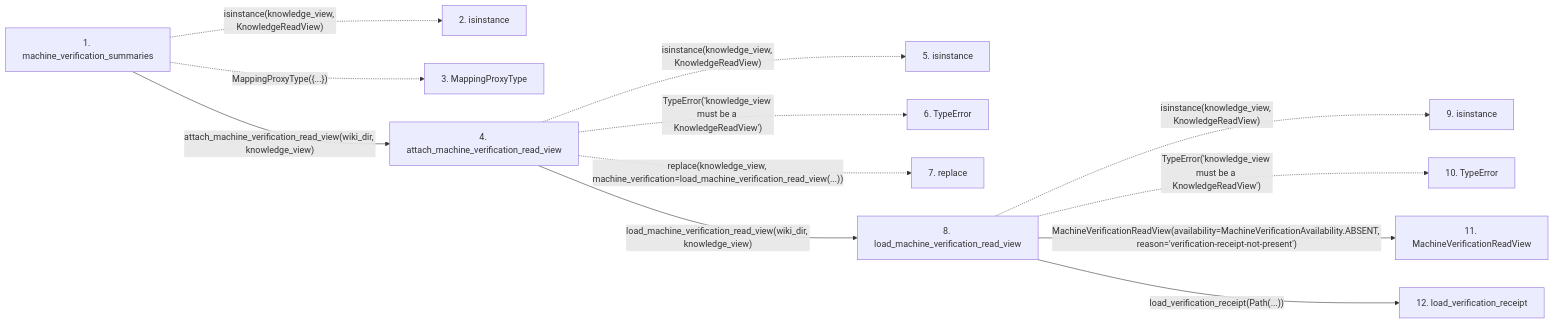
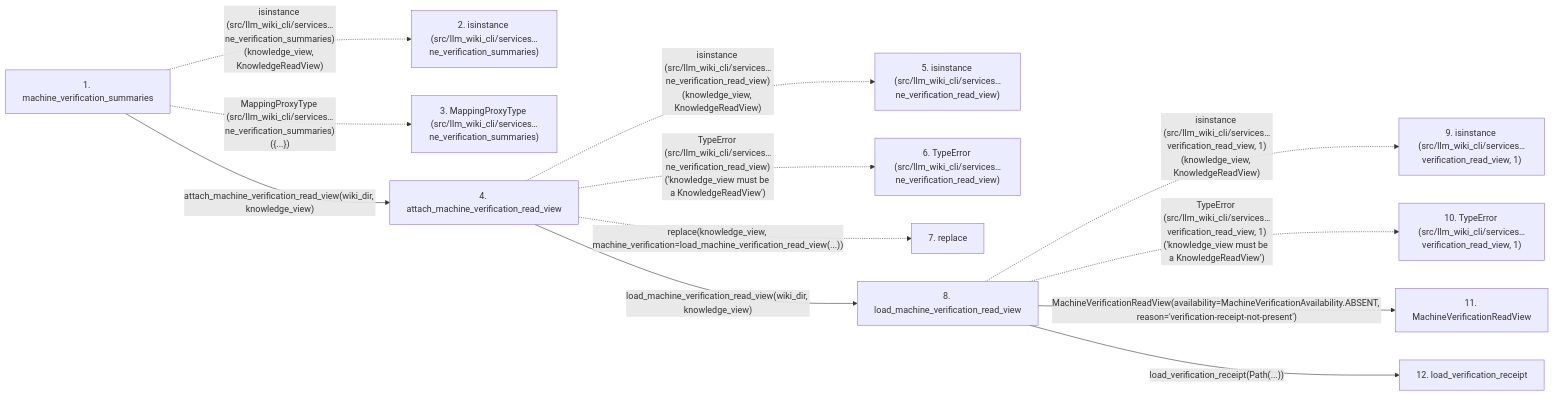
Before and after one commit to Denissvgn/python-wiki-llm: the second of 2 diagrams in docs/llm_wiki/flows/api-machine_verification_summaries.md, drawn with Mermaid. The commit also changed other lines of this file and 719 other files, not shown here.

````diff
--- a/docs/llm_wiki/flows/api-machine_verification_summaries.md
+++ b/docs/llm_wiki/flows/api-machine_verification_summaries.md
@@ -81,31 +85,31 @@
 ```mermaid
 flowchart LR
     s1["1. machine_verification_summaries"]
-    s2["2. isinstance"]
-    s3["3. MappingProxyType"]
+    s2["2. isinstance (src/llm_wiki_cli/services…ne_verification_summaries)"]
+    s3["3. MappingProxyType (src/llm_wiki_cli/services…ne_verification_summaries)"]
     s4["4. attach_machine_verification_read_view"]
-    s5["5. isinstance"]
-    s6["6. TypeError"]
+    s5["5. isinstance (src/llm_wiki_cli/services…ne_verification_read_view)"]
+    s6["6. TypeError (src/llm_wiki_cli/services…ne_verification_read_view)"]
     s7["7. replace"]
     s8["8. load_machine_verification_read_view"]
-    s9["9. isinstance"]
-    s10["10. TypeError"]
+    s9["9. isinstance (src/llm_wiki_cli/services…verification_read_view, 1)"]
+    s10["10. TypeError (src/llm_wiki_cli/services…verification_read_view, 1)"]
     s11["11. MachineVerificationReadView"]
     s12["12. load_verification_receipt"]
-    s1 -. "isinstance(knowledge_view, KnowledgeReadView)" .-> s2
-    s1 -. "MappingProxyType({...})" .-> s3
+    s1 -. "isinstance (src/llm_wiki_cli/services…ne_verification_summaries)(knowledge_view, KnowledgeReadView)" .-> s2
+    s1 -. "MappingProxyType (src/llm_wiki_cli/services…ne_verification_summaries)({...})" .-> s3
     s1 -->|"attach_machine_verification_read_view(wiki_dir, knowledge_view)"| s4
-    s4 -. "isinstance(knowledge_view, KnowledgeReadView)" .-> s5
-    s4 -. "TypeError('knowledge_view must be a KnowledgeReadView')" .-> s6
+    s4 -. "isinstance (src/llm_wiki_cli/services…ne_verification_read_view)(knowledge_view, KnowledgeReadView)" .-> s5
+    s4 -. "TypeError (src/llm_wiki_cli/services…ne_verification_read_view)('knowledge_view must be a KnowledgeReadView')" .-> s6
     s4 -. "replace(knowledge_view, machine_verification=load_machine_verification_read_view(...))" .-> s7
     s4 -->|"load_machine_verification_read_view(wiki_dir, knowledge_view)"| s8
-    s8 -. "isinstance(knowledge_view, KnowledgeReadView)" .-> s9
-    s8 -. "TypeError('knowledge_view must be a KnowledgeReadView')" .-> s10
+    s8 -. "isinstance (src/llm_wiki_cli/services…verification_read_view, 1)(knowledge_view, KnowledgeReadView)" .-> s9
+    s8 -. "TypeError (src/llm_wiki_cli/services…verification_read_view, 1)('knowledge_view must be a KnowledgeReadView')" .-> s10
     s8 -->|"MachineVerificationReadView(availability=MachineVerificationAvailability.ABSENT, reason='verification-receipt-not-present')"| s11
     s8 -->|"load_verification_receipt(Path(...))"| s12
     click s1 "../modules/knowledge_verification.md"
     click s4 "../modules/knowledge_verification.md"
     click s8 "../modules/knowledge_verification.md"
     click s11 "../modules/knowledge_consumption.md"
     click s12 "../modules/verification_contracts.md"
 ```
````
